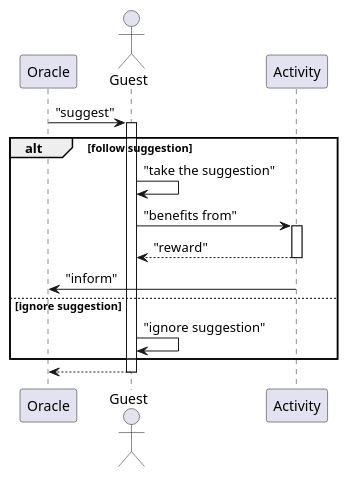
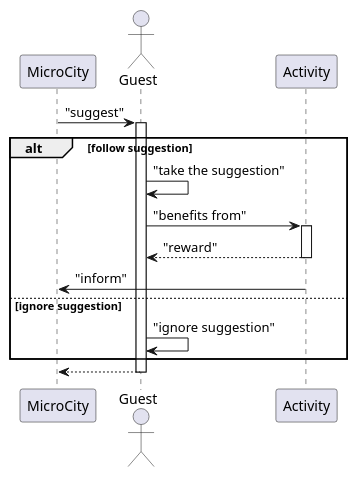
The diagram in uml/reward.puml (ICPS-MicroCity/domain-analysis), drawn with PlantUML before and after one commit. The commit also changed 1 other file, not shown here.

Commit message:
fix: change oracle to microcity

```diff
--- a/uml/reward.puml
+++ b/uml/reward.puml
@@ -1,22 +1,22 @@
 @startuml reward
 
-participant Oracle as oracle
+participant MicroCity as oracle
 actor Guest as guest
 participant Activity as activity
 
 oracle -> guest : "suggest"
 activate guest
 
 alt follow suggestion
 guest -> guest : "take the suggestion"
 guest -> activity : "benefits from"
 activate activity
 return "reward"
 activity -> oracle : "inform"
 else ignore suggestion
 guest -> guest : "ignore suggestion"
 end
 return
 
 
 @enduml
```
